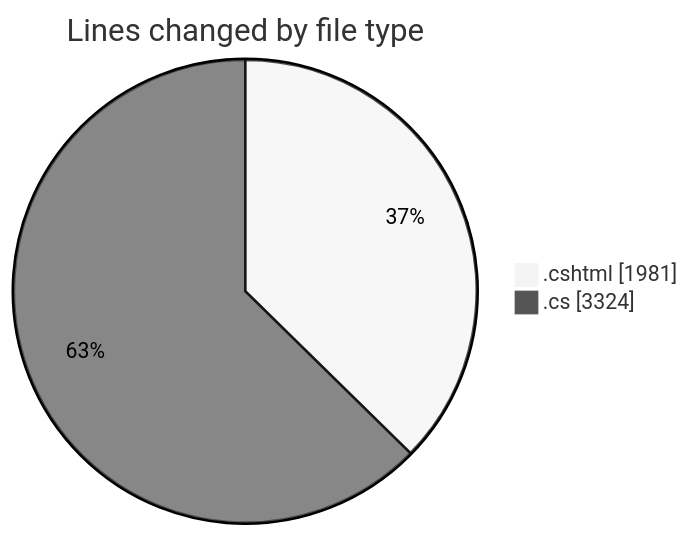
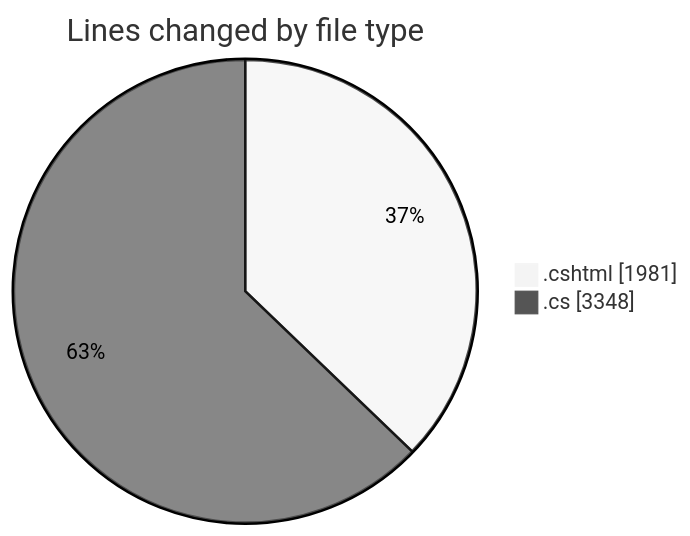
Before and after one commit to lephambinh05/code-tracking: the first of 2 diagrams in 2025-07-17/nhahang/README.md, drawn with Mermaid (neutral theme). The commit also changed other lines of this file and 1 other file, not shown here.

````diff
--- a/2025-07-17/nhahang/README.md
+++ b/2025-07-17/nhahang/README.md
@@ -80,6 +80,6 @@
 ```mermaid
 pie showData
 title Lines changed by file type
 ".cshtml" : 1981
-".cs" : 3324
+".cs" : 3348
 ```
````
